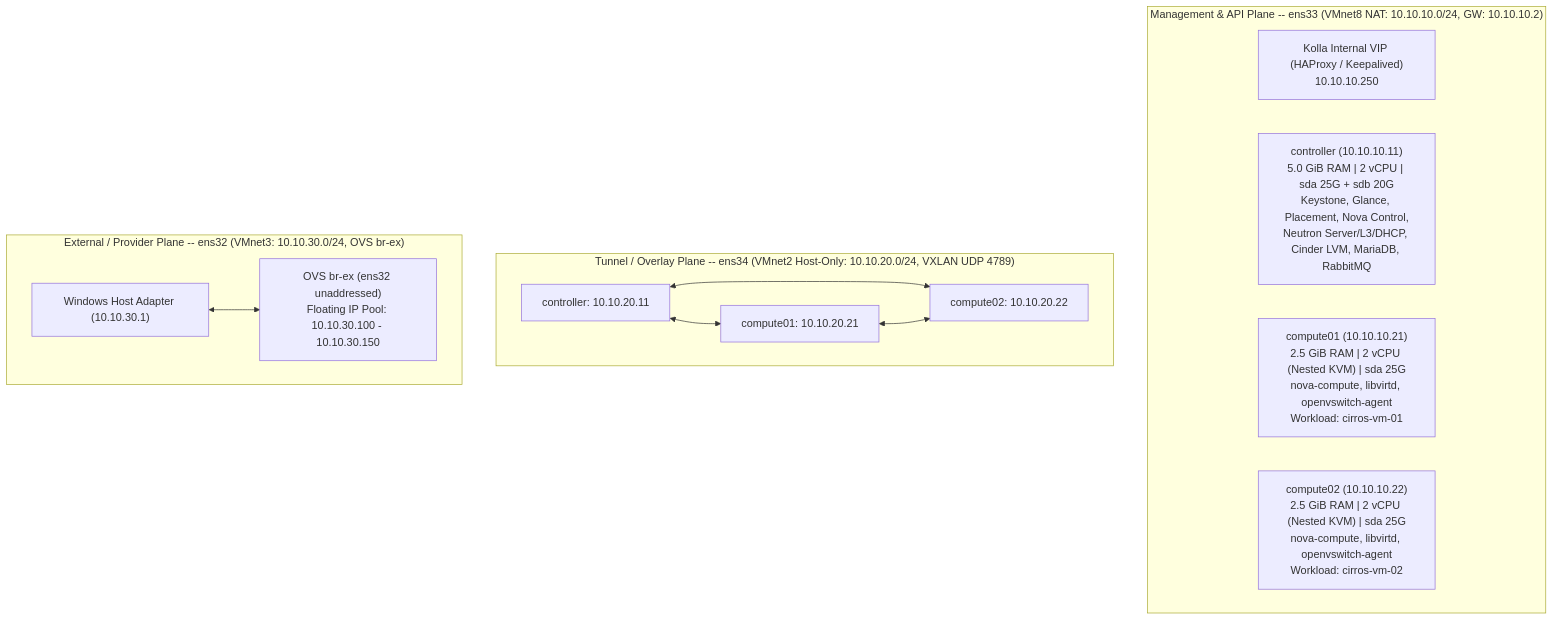
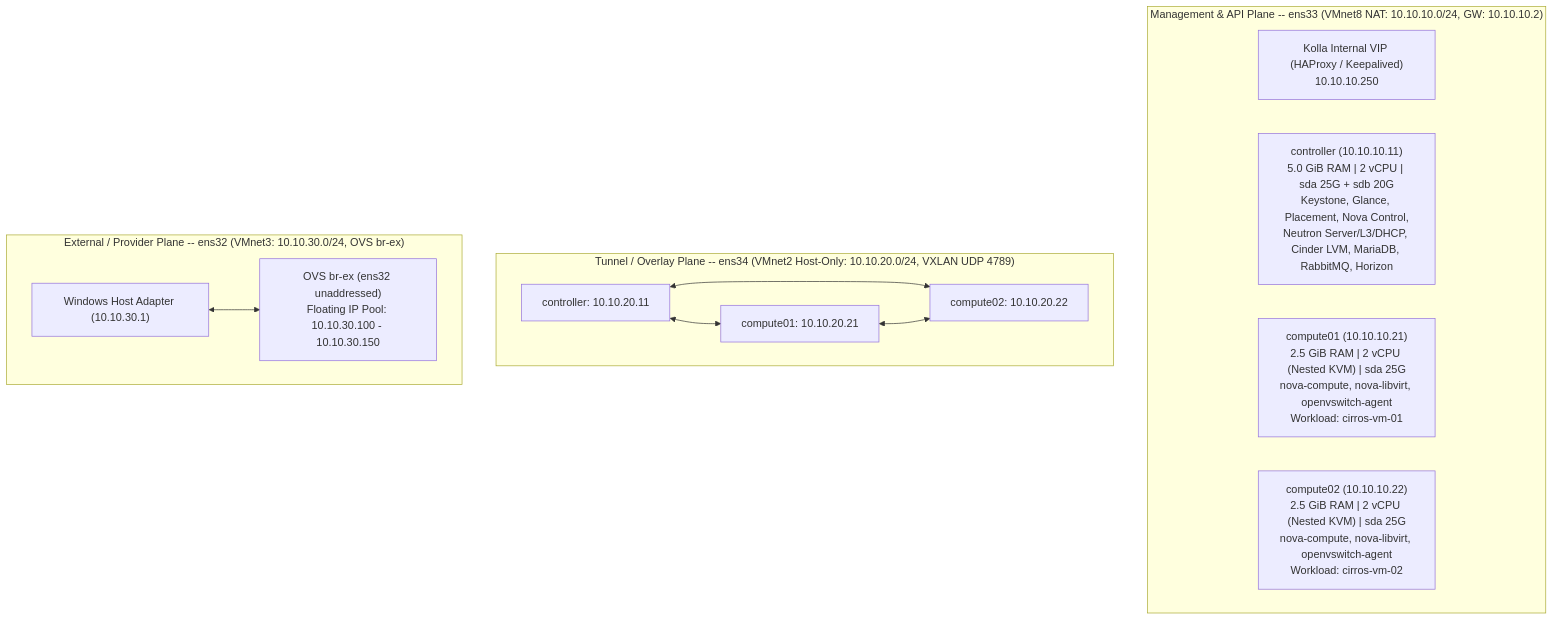
The diagram in README.md (whysari/openstack-caracal-multinode), drawn with Mermaid before and after one commit. The commit also changed other lines of this file and 2 other files, not shown here.

````diff
--- a/README.md
+++ b/README.md
@@ -19,19 +19,19 @@
 ```mermaid
 flowchart TB
     subgraph MGMT["Management & API Plane -- ens33 (VMnet8 NAT: 10.10.10.0/24, GW: 10.10.10.2)"]
         VIP["Kolla Internal VIP (HAProxy / Keepalived)<br/>10.10.10.250"]
-        CTRL["controller (10.10.10.11)<br/>5.0 GiB RAM | 2 vCPU | sda 25G + sdb 20G<br/>Keystone, Glance, Placement, Nova Control,<br/>Neutron Server/L3/DHCP, Cinder LVM, MariaDB, RabbitMQ"]
-        COMP1["compute01 (10.10.10.21)<br/>2.5 GiB RAM | 2 vCPU (Nested KVM) | sda 25G<br/>nova-compute, libvirtd, openvswitch-agent<br/>Workload: cirros-vm-01"]
-        COMP2["compute02 (10.10.10.22)<br/>2.5 GiB RAM | 2 vCPU (Nested KVM) | sda 25G<br/>nova-compute, libvirtd, openvswitch-agent<br/>Workload: cirros-vm-02"]
+        CTRL["controller (10.10.10.11)<br/>5.0 GiB RAM | 2 vCPU | sda 25G + sdb 20G<br/>Keystone, Glance, Placement, Nova Control,<br/>Neutron Server/L3/DHCP, Cinder LVM, MariaDB, RabbitMQ, Horizon"]
+        COMP1["compute01 (10.10.10.21)<br/>2.5 GiB RAM | 2 vCPU (Nested KVM) | sda 25G<br/>nova-compute, nova-libvirt, openvswitch-agent<br/>Workload: cirros-vm-01"]
+        COMP2["compute02 (10.10.10.22)<br/>2.5 GiB RAM | 2 vCPU (Nested KVM) | sda 25G<br/>nova-compute, nova-libvirt, openvswitch-agent<br/>Workload: cirros-vm-02"]
     end
 
     subgraph TUN["Tunnel / Overlay Plane -- ens34 (VMnet2 Host-Only: 10.10.20.0/24, VXLAN UDP 4789)"]
         CTRL_T["controller: 10.10.20.11"] <--> COMP1_T["compute01: 10.10.20.21"]
         CTRL_T <--> COMP2_T["compute02: 10.10.20.22"]
         COMP1_T <--> COMP2_T
     end
 
     subgraph EXT["External / Provider Plane -- ens32 (VMnet3: 10.10.30.0/24, OVS br-ex)"]
         HOST_GW["Windows Host Adapter (10.10.30.1)"] <--> BREX["OVS br-ex (ens32 unaddressed)<br/>Floating IP Pool: 10.10.30.100 - 10.10.30.150"]
     end
 ```
````
